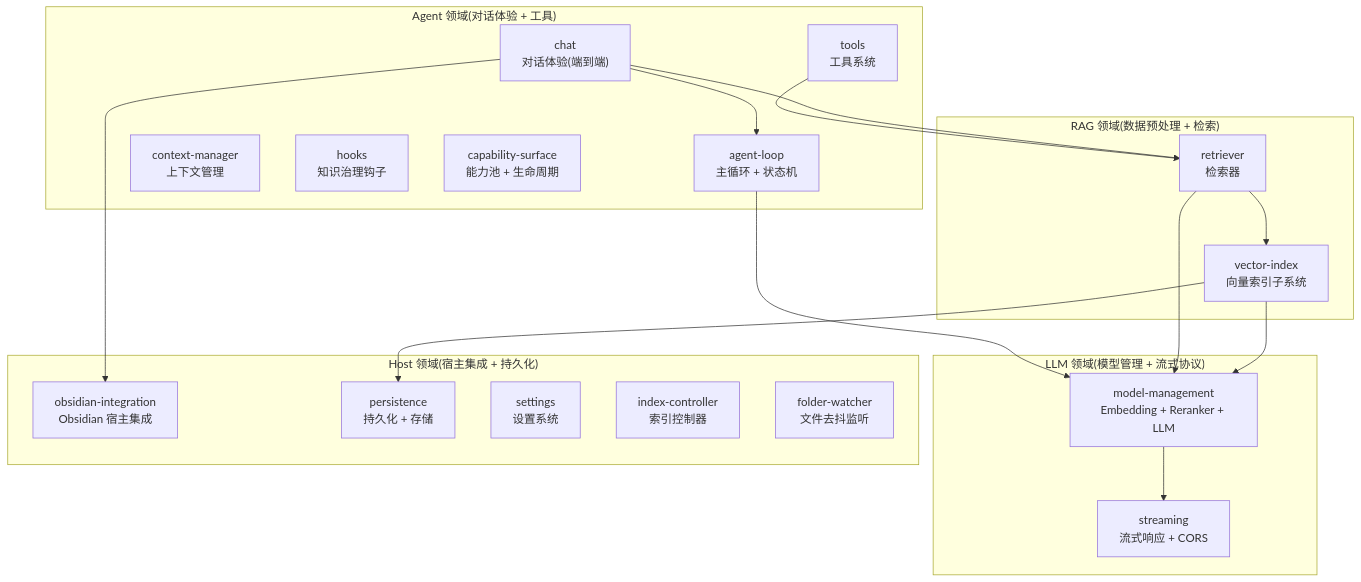
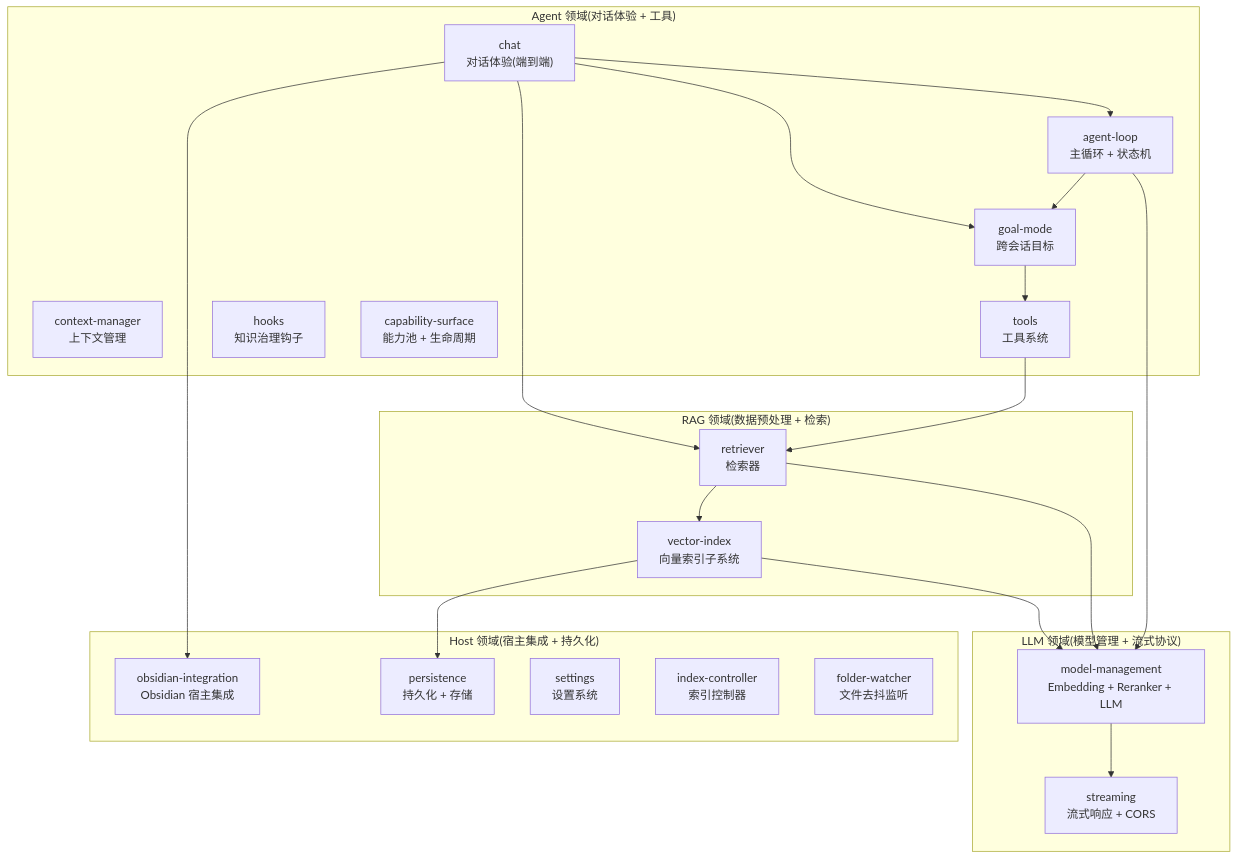
One commit to golddream-y/obsidian-ratel changed the sixth of 10 diagrams in docs/architecture/overview.md. Above: the diagram before and after it, drawn with Mermaid. The commit also changed other lines of this file and 79 other files, not shown here.

Commit message:
release: 0.7.0 — 长期目标 /goal，贴图直接发给当前模型

````diff
--- a/docs/architecture/overview.md
+++ b/docs/architecture/overview.md
@@ -184,40 +184,44 @@
 ```mermaid
 graph TB
     subgraph "RAG 领域(数据预处理 + 检索)"
         R1["vector-index<br/>向量索引子系统"]
         R2["retriever<br/>检索器"]
     end
 
     subgraph "Agent 领域(对话体验 + 工具)"
         A0["chat<br/>对话体验(端到端)"]
         A1["agent-loop<br/>主循环 + 状态机"]
         A2["context-manager<br/>上下文管理"]
         A3["tools<br/>工具系统"]
         A4["hooks<br/>知识治理钩子"]
         A5["capability-surface<br/>能力池 + 生命周期"]
+        A6["goal-mode<br/>跨会话目标"]
     end
 
     subgraph "LLM 领域(模型管理 + 流式协议)"
         L1["model-management<br/>Embedding + Reranker + LLM"]
         L2["streaming<br/>流式响应 + CORS"]
     end
 
     subgraph "Host 领域(宿主集成 + 持久化)"
         H1["obsidian-integration<br/>Obsidian 宿主集成"]
         H2["persistence<br/>持久化 + 存储"]
         H3["settings<br/>设置系统"]
         H4["index-controller<br/>索引控制器"]
         H5["folder-watcher<br/>文件去抖监听"]
     end
 
     R2 --> R1
     R1 --> L1
     R2 --> L1
     A0 --> A1
     A0 --> R2
+    A0 --> A6
     A1 --> L1
+    A1 --> A6
     A3 --> R2
+    A6 --> A3
     L1 --> L2
     A0 --> H1
     R1 --> H2
 ```
````
